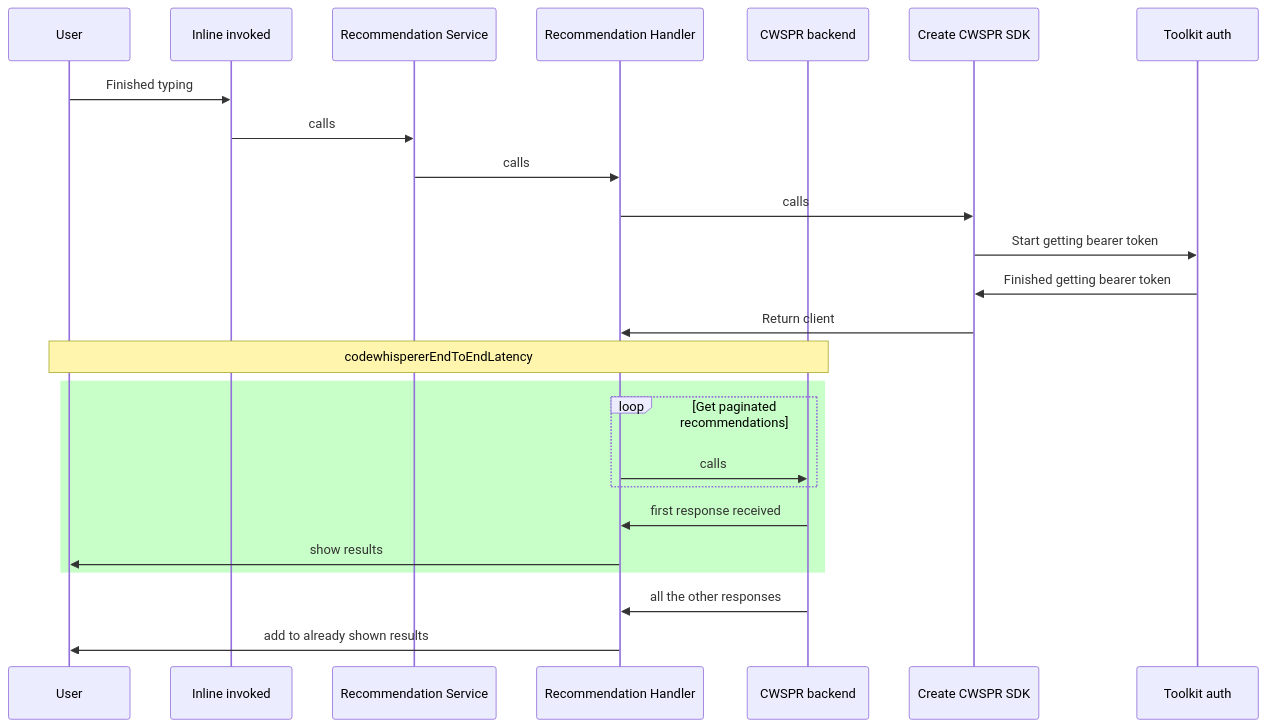
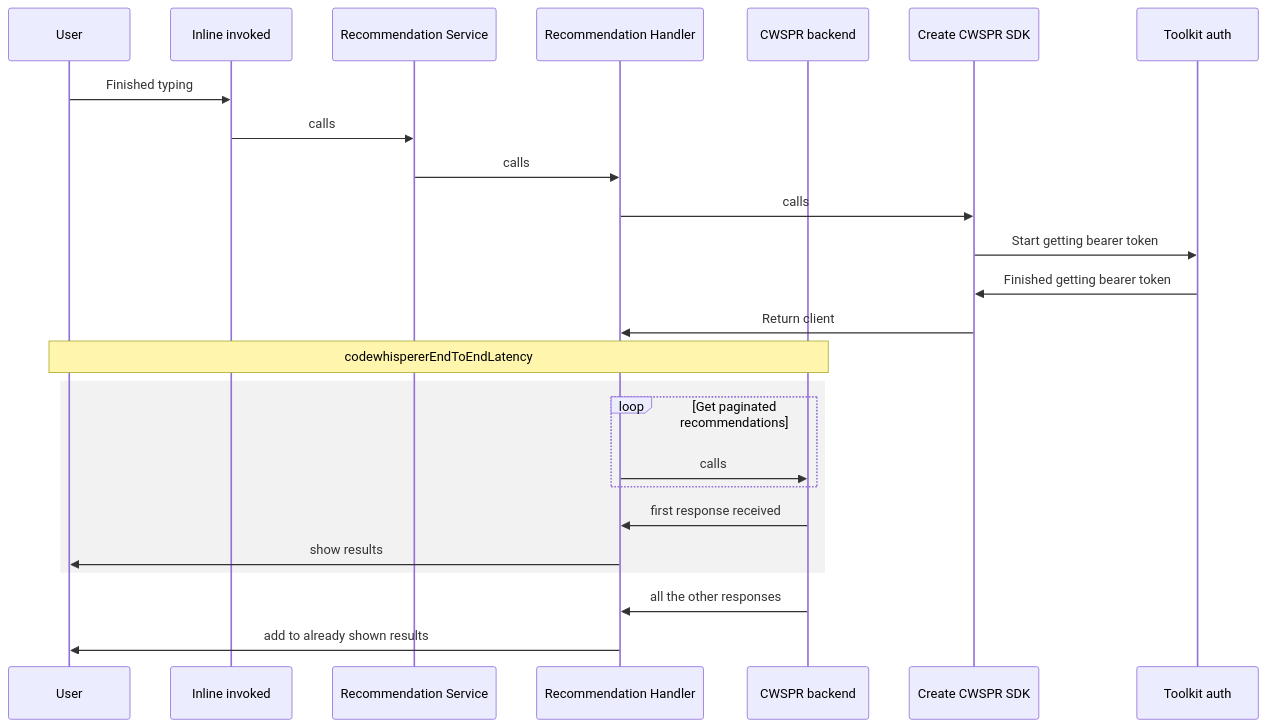
Before and after one commit to aws/aws-toolkit-vscode: the second of 7 diagrams in docs/telemetry-perf.md, drawn with Mermaid. The commit also changed other lines of this file, not shown here.

````diff
--- a/docs/telemetry-perf.md
+++ b/docs/telemetry-perf.md
@@ -45,32 +45,31 @@
 ```mermaid
     sequenceDiagram
         participant User
         participant invoke as Inline invoked
         participant rService as Recommendation Service
         participant rHandler as Recommendation Handler
         participant backend as CWSPR backend
         participant sdk as Create CWSPR SDK
         participant token as Toolkit auth
-
 
         User->>invoke: Finished typing
         invoke->>rService: calls
         rService->>rHandler: calls
         rHandler->>sdk: calls
 
         sdk->>token: Start getting bearer token
         token->>sdk: Finished getting bearer token
 
         sdk->>rHandler: Return client
         note over User, backend: codewhispererEndToEndLatency
-        rect rgb(200, 255, 200)
+        rect rgb(230, 230, 230, 0.5)
             loop Get paginated recommendations
                 rHandler->>backend: calls
             end
             backend->>rHandler: first response received
             rHandler->>User: show results
         end
 
         backend->>rHandler: all the other responses
         rHandler->>User: add to already shown results
 ```
````
